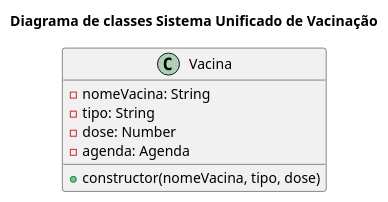
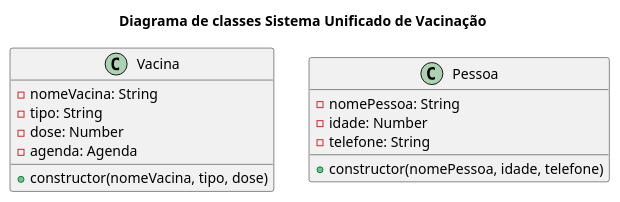
One commit to anleaes/2022-1-N2-POO-01 changed the diagram in diagrama_classe.plantuml. Above: the diagram before and after it, drawn with PlantUML.

Commit message:
Criação de classe Pessoa

```diff
--- a/diagrama_classe.plantuml
+++ b/diagrama_classe.plantuml
@@ -1,13 +1,21 @@
 @startuml
 
 title Diagrama de classes Sistema Unificado de Vacinação
 
 Class Vacina{
     - nomeVacina: String
     - tipo: String
     - dose: Number
     - agenda: Agenda
     + constructor(nomeVacina, tipo, dose)
 }
 
+class Pessoa{
+    - nomePessoa: String
+    - idade: Number
+    - telefone: String
+    + constructor(nomePessoa, idade, telefone)
+}
+
+
 @enduml
```
